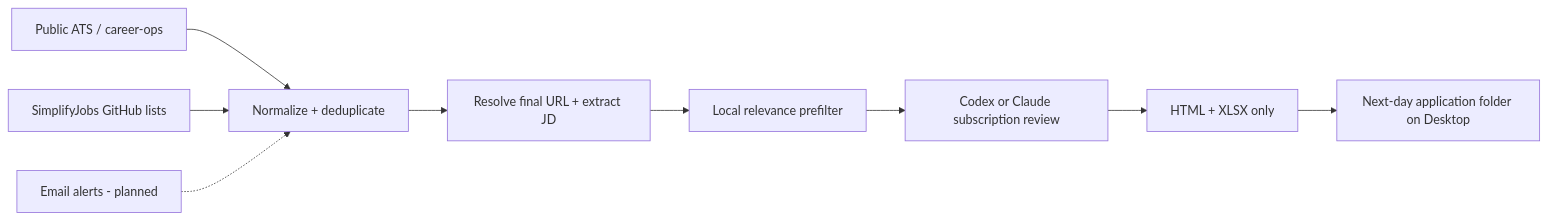
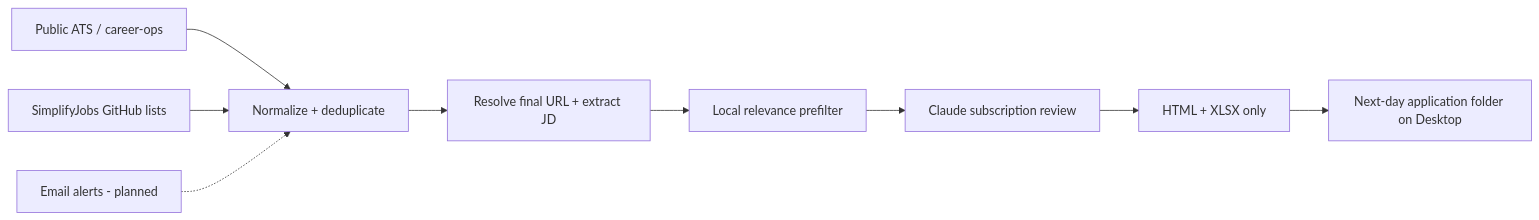
One commit to JackyJiang08/daily-job-match-alert changed the diagram in README.md. Above: the diagram before and after it, drawn with Mermaid. The commit also changed other lines of this file and 10 other files, not shown here.

First line of the commit message:
fix: accumulate same-day reports, allow-list subscription auth, drop the codex engine

````diff
--- a/README.md
+++ b/README.md
@@ -34,11 +34,11 @@
 ```mermaid
 flowchart LR
   ATS[Public ATS / career-ops] --> N[Normalize + deduplicate]
   GH[SimplifyJobs GitHub lists] --> N
   EM[Email alerts - planned] -.-> N
   N --> JD[Resolve final URL + extract JD]
   JD --> PF[Local relevance prefilter]
-  PF --> LLM[Codex or Claude subscription review]
+  PF --> LLM[Claude subscription review]
   LLM --> R[HTML + XLSX only]
   R --> D[Next-day application folder on Desktop]
 ```
````
